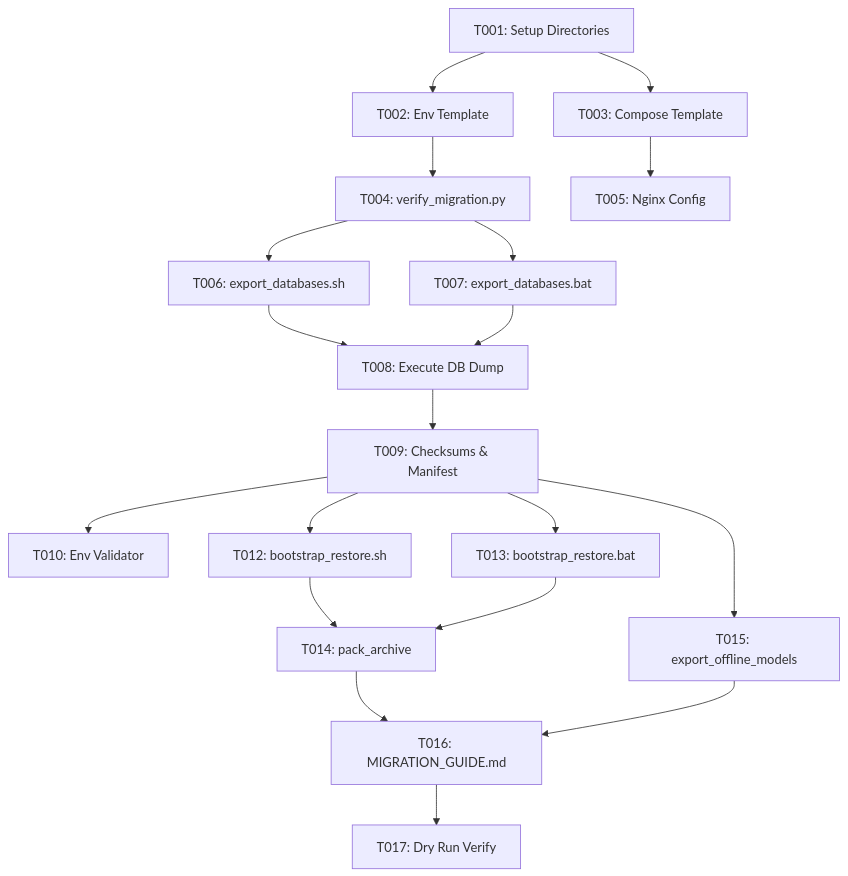
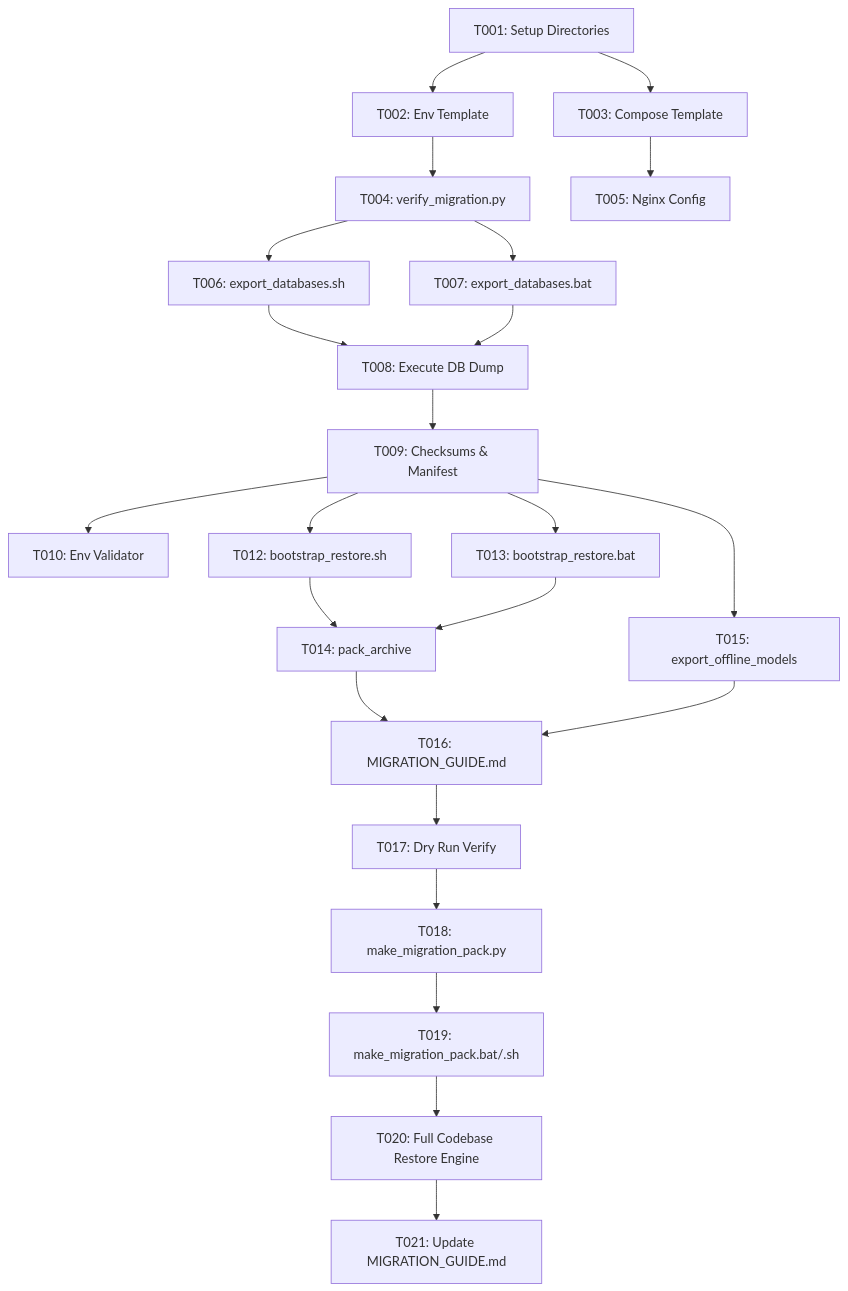
The diagram in specs/028-cross-platform-migration-pack/tasks.md (Ezenitac-AiService/AISERVICE), drawn with Mermaid before and after one commit. The commit also changed other lines of this file and 4 other files, not shown here.

Commit message:
feat(migration): add master repeatable make_migration_pack builder engine and update guide

````diff
--- a/specs/028-cross-platform-migration-pack/tasks.md
+++ b/specs/028-cross-platform-migration-pack/tasks.md
@@ -92,18 +103,22 @@
 ```mermaid
 graph TD
     T001[T001: Setup Directories] --> T002[T002: Env Template]
     T001 --> T003[T003: Compose Template]
     T002 --> T004[T004: verify_migration.py]
     T003 --> T005[T005: Nginx Config]
     T004 --> T006[T006: export_databases.sh]
     T004 --> T007[T007: export_databases.bat]
     T006 & T007 --> T008[T008: Execute DB Dump]
     T008 --> T009[T009: Checksums & Manifest]
     T009 --> T010[T010: Env Validator]
     T009 --> T012[T012: bootstrap_restore.sh]
     T009 --> T013[T013: bootstrap_restore.bat]
     T012 & T013 --> T014[T014: pack_archive]
     T009 --> T015[T015: export_offline_models]
     T014 & T015 --> T016[T016: MIGRATION_GUIDE.md]
     T016 --> T017[T017: Dry Run Verify]
+    T017 --> T018[T018: make_migration_pack.py]
+    T018 --> T019[T019: make_migration_pack.bat/.sh]
+    T019 --> T020[T020: Full Codebase Restore Engine]
+    T020 --> T021[T021: Update MIGRATION_GUIDE.md]
 ```
````
